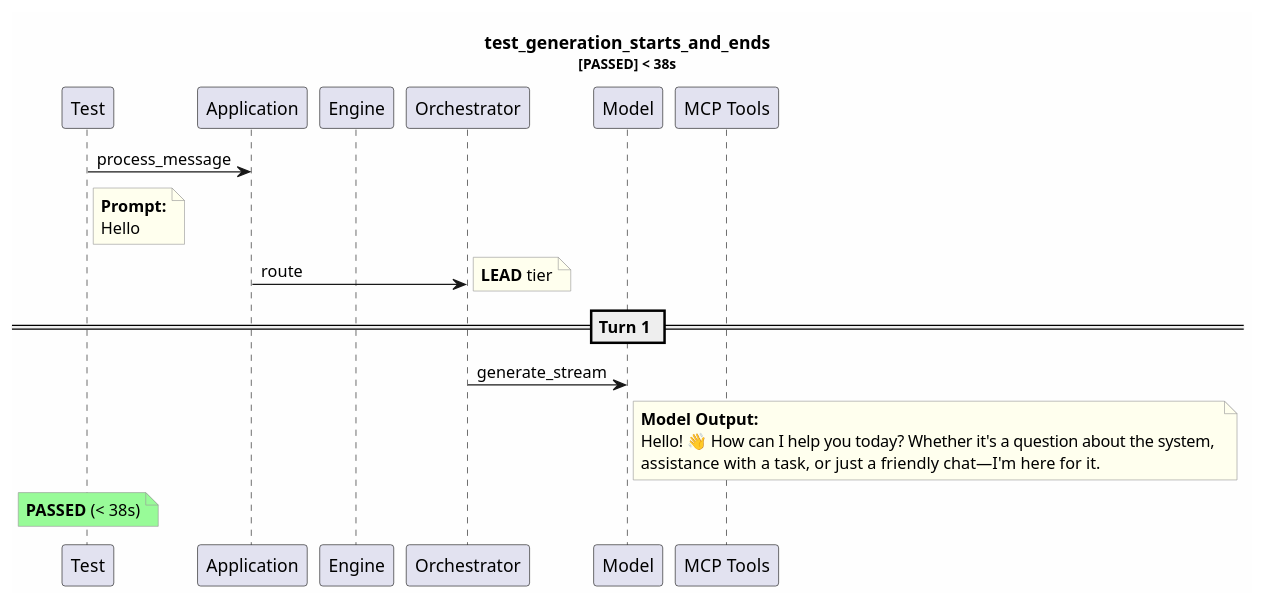
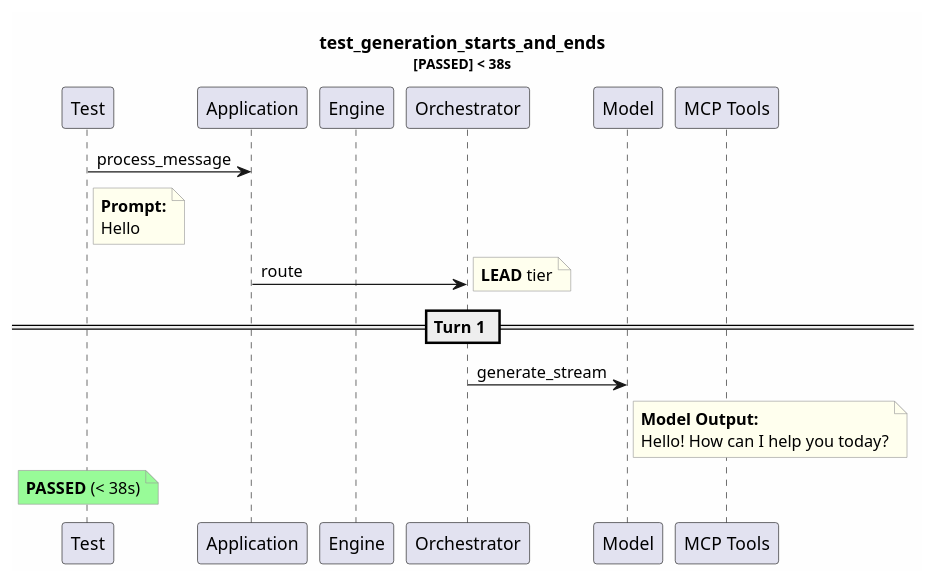
The diagram in test-reports/logs/test_generation_starts_and_ends/test_generation_starts_and_ends.puml (tvanfossen/entropic), drawn with PlantUML before and after one commit. The commit also changed 10 other files, not shown here.

```diff
--- a/test-reports/logs/test_generation_starts_and_ends/test_generation_starts_and_ends.puml
+++ b/test-reports/logs/test_generation_starts_and_ends/test_generation_starts_and_ends.puml
@@ -1,32 +1,31 @@
 @startuml
 skinparam backgroundColor #FEFEFE
 skinparam noteBorderColor #999999
 skinparam noteBackgroundColor #FFFFEE
 title test_generation_starts_and_ends\n<size:11>[PASSED] < 38s</size>
 
 participant "Test" as T
 participant "Application" as App
 participant "Engine" as Eng
 participant "Orchestrator" as Orch
 participant "Model" as Mdl
 participant "MCP Tools" as MCP
 
 T -> App: process_message
 note right of T
   **Prompt:**
   Hello
 end note
 App -> Orch: route
 note right: **LEAD** tier
 == Turn 1 ==
 Orch -> Mdl: generate_stream
 note right of Mdl
   **Model Output:**
-  Hello! 👋 How can I help you today? Whether it's a question about the system, 
-  assistance with a task, or just a friendly chat—I'm here for it.
+  Hello! How can I help you today?
 end note
 note over T #palegreen
   **PASSED** (< 38s)
 end note
 
 @enduml
```
